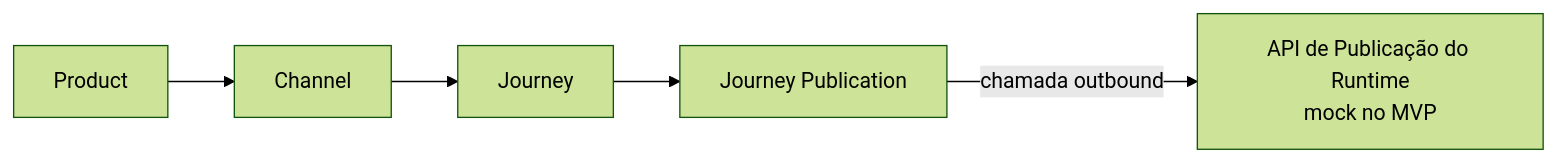
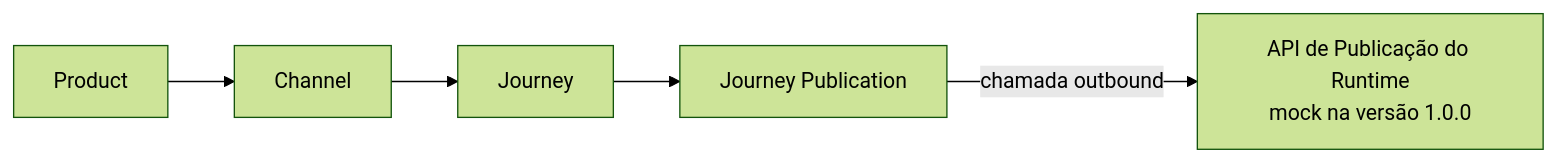
The fifth of 8 diagrams in requisitos/admin/ej-admin-arquitetura-logica.md (hermesnet-git/journey-admin), drawn with Mermaid (forest theme) before and after one commit. The commit also changed other lines of this file and 50 other files, not shown here.

````diff
--- a/requisitos/admin/ej-admin-arquitetura-logica.md
+++ b/requisitos/admin/ej-admin-arquitetura-logica.md
@@ -417,13 +417,13 @@
 ```mermaid
 flowchart LR
     PRODUCT[Product]
     CHANNEL[Channel]
     JOURNEY[Journey]
     PUBLICATION[Journey Publication]
-    RUNTIME_API[API de Publicação do Runtime<br/>mock no MVP]
+    RUNTIME_API[API de Publicação do Runtime<br/>mock na versão 1.0.0]
 
     PRODUCT --> CHANNEL
     CHANNEL --> JOURNEY
     JOURNEY --> PUBLICATION
     PUBLICATION -->|chamada outbound| RUNTIME_API
 ```
````
